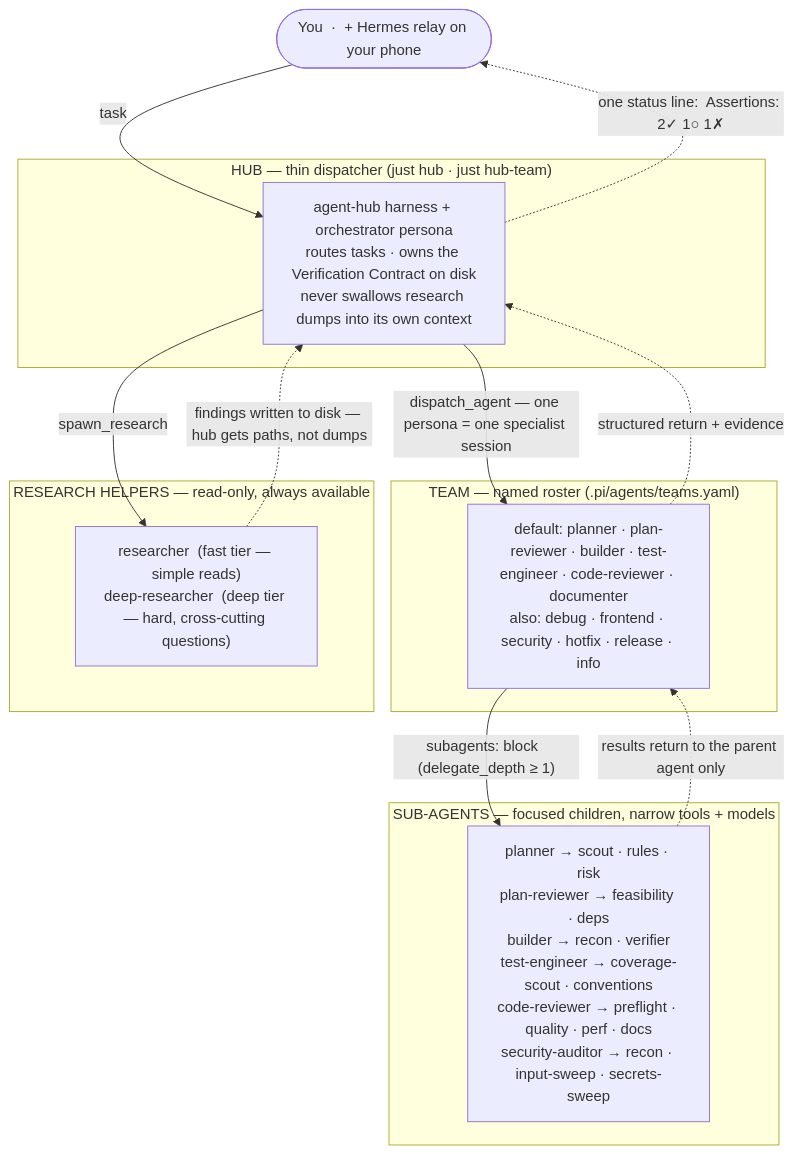
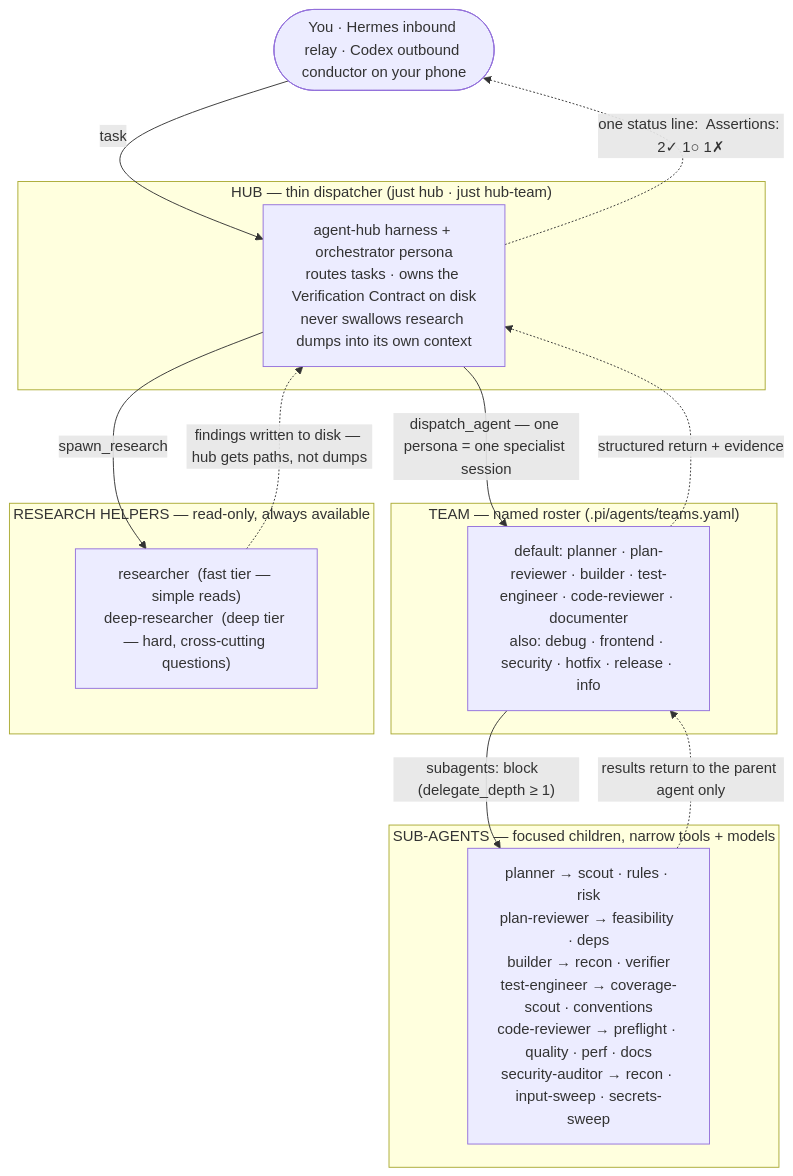
The first of 2 diagrams in docs/ARCHITECTURE.md (chankov/agent-fleet), drawn with Mermaid before and after one commit. The commit also changed other lines of this file and 35 other files, not shown here.

````diff
--- a/docs/ARCHITECTURE.md
+++ b/docs/ARCHITECTURE.md
@@ -24,29 +24,29 @@
 ```mermaid
 flowchart TD
-    You(["You  ·  + Hermes relay on your phone"])
+    You(["You · Hermes inbound relay · Codex outbound conductor on your phone"])
 
     subgraph HUBL["HUB — thin dispatcher  (just hub · just hub-team)"]
         Hub["agent-hub harness + orchestrator persona<br/>routes tasks · owns the Verification Contract on disk<br/>never swallows research dumps into its own context"]
     end
 
     subgraph TEAML["TEAM — named roster  (.pi/agents/teams.yaml)"]
         Team["default: planner · plan-reviewer · builder · test-engineer · code-reviewer · documenter<br/>also: debug · frontend · security · hotfix · release · info"]
     end
 
     subgraph RESL["RESEARCH HELPERS — read-only, always available"]
         Research["researcher  (fast tier — simple reads)<br/>deep-researcher  (deep tier — hard, cross-cutting questions)"]
     end
 
     subgraph SUBL["SUB-AGENTS — focused children, narrow tools + models"]
         Subs["planner → scout · rules · risk<br/>plan-reviewer → feasibility · deps<br/>builder → recon · verifier<br/>test-engineer → coverage-scout · conventions<br/>code-reviewer → preflight · quality · perf · docs<br/>security-auditor → recon · input-sweep · secrets-sweep"]
     end
 
     You -->|task| Hub
     Hub -->|"dispatch_agent — one persona = one specialist session"| Team
     Hub -->|"spawn_research"| Research
     Research -.->|"findings written to disk — hub gets paths, not dumps"| Hub
     Team -->|"subagents: block  (delegate_depth ≥ 1)"| Subs
     Subs -.->|"results return to the parent agent only"| Team
     Team -.->|"structured return + evidence"| Hub
     Hub -.->|"one status line:  Assertions: 2✓ 1○ 1✗"| You
 ```
````
